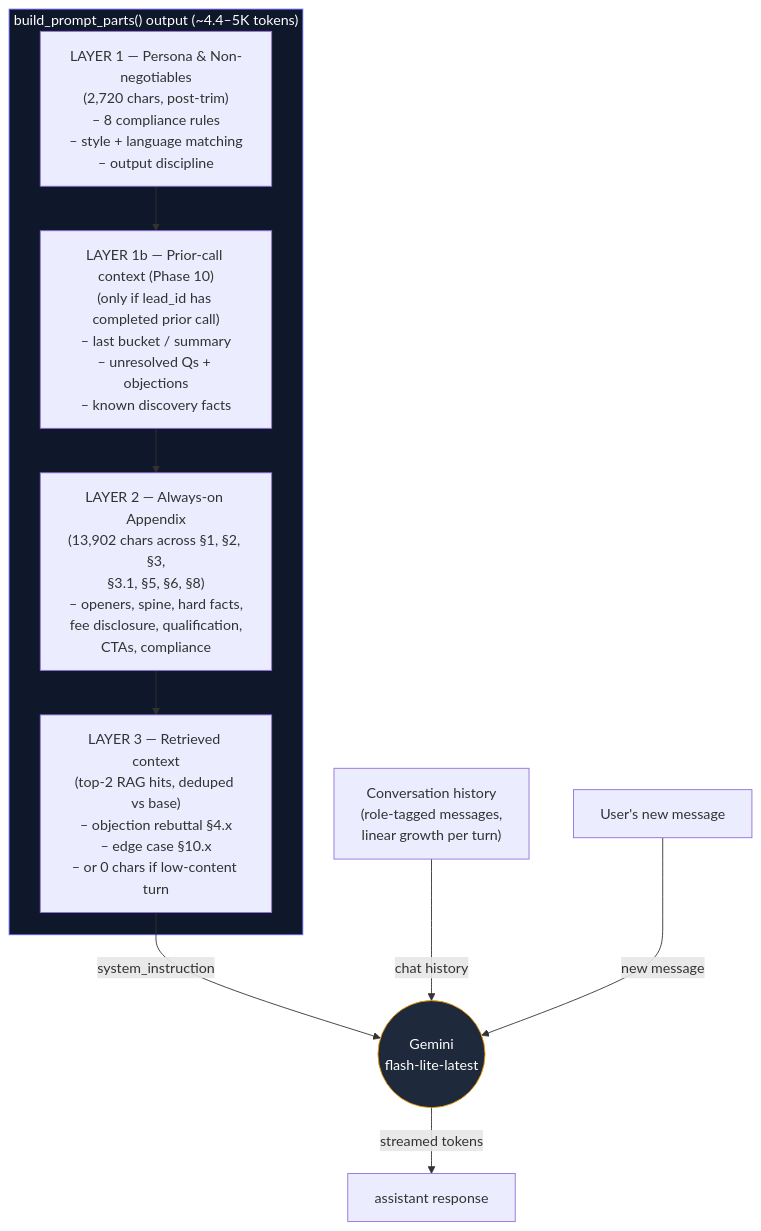
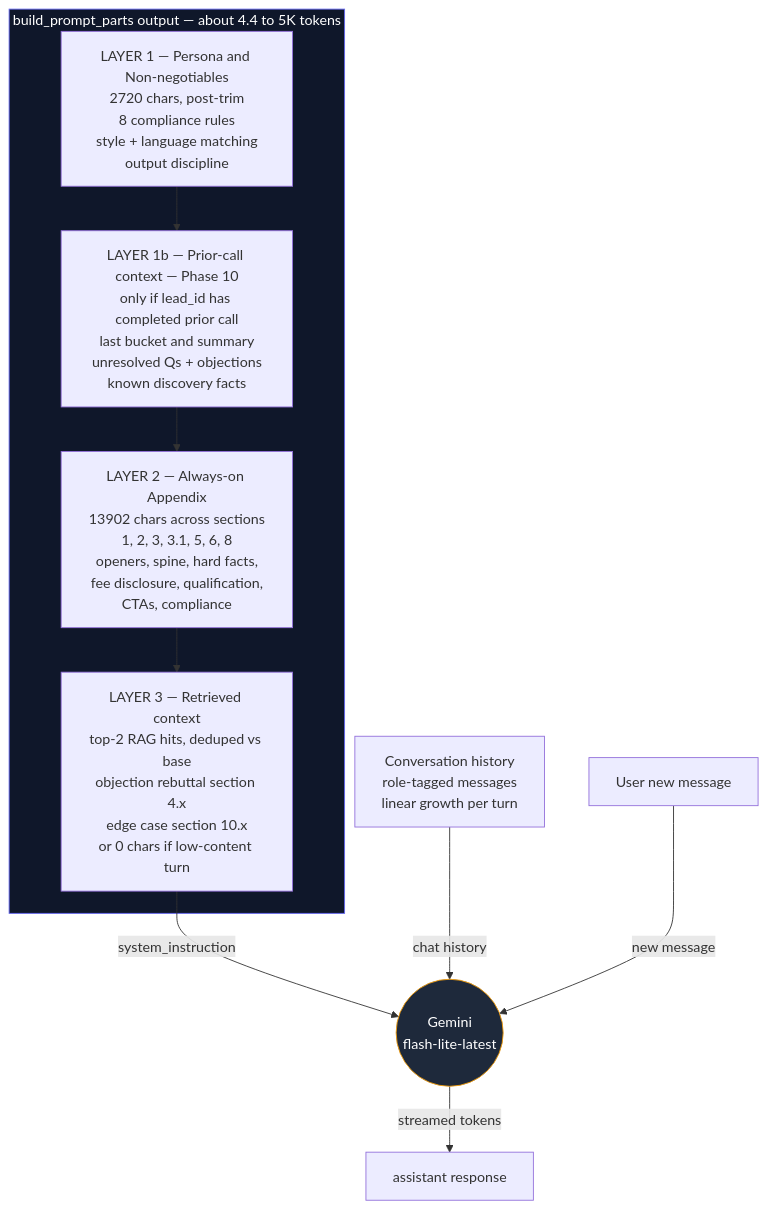
Before and after one commit to AmanG-04/rupeezy-voice-agent: the ninth of 10 diagrams in ARCHITECTURE.md, drawn with Mermaid. The commit also changed other lines of this file, not shown here.

First line of the commit message:
docs: fix Mermaid render errors in ARCHITECTURE.md

````diff
--- a/ARCHITECTURE.md
+++ b/ARCHITECTURE.md
@@ -473,24 +474,24 @@
 ```mermaid
 flowchart TB
-    subgraph Built[" build_prompt_parts() output (~4.4–5K tokens) "]
-        P1["LAYER 1 — Persona & Non-negotiables<br/>(2,720 chars, post-trim)<br/>– 8 compliance rules<br/>– style + language matching<br/>– output discipline"]
-        P1b["LAYER 1b — Prior-call context (Phase 10)<br/>(only if lead_id has completed prior call)<br/>– last bucket / summary<br/>– unresolved Qs + objections<br/>– known discovery facts"]
-        P2["LAYER 2 — Always-on Appendix<br/>(13,902 chars across §1, §2, §3,<br/>§3.1, §5, §6, §8)<br/>– openers, spine, hard facts,<br/>fee disclosure, qualification,<br/>CTAs, compliance"]
-        P3["LAYER 3 — Retrieved context<br/>(top-2 RAG hits, deduped vs base)<br/>– objection rebuttal §4.x<br/>– edge case §10.x<br/>– or 0 chars if low-content turn"]
+    subgraph Built["build_prompt_parts output — about 4.4 to 5K tokens"]
+        P1["LAYER 1 — Persona and Non-negotiables<br/>2720 chars, post-trim<br/>8 compliance rules<br/>style + language matching<br/>output discipline"]
+        P1b["LAYER 1b — Prior-call context — Phase 10<br/>only if lead_id has completed prior call<br/>last bucket and summary<br/>unresolved Qs + objections<br/>known discovery facts"]
+        P2["LAYER 2 — Always-on Appendix<br/>13902 chars across sections<br/>1, 2, 3, 3.1, 5, 6, 8<br/>openers, spine, hard facts,<br/>fee disclosure, qualification,<br/>CTAs, compliance"]
+        P3["LAYER 3 — Retrieved context<br/>top-2 RAG hits, deduped vs base<br/>objection rebuttal section 4.x<br/>edge case section 10.x<br/>or 0 chars if low-content turn"]
         P1 --> P1b
         P1b --> P2
         P2 --> P3
     end
 
-    History["Conversation history<br/>(role-tagged messages,<br/>linear growth per turn)"]
-    UserText["User's new message"]
+    History["Conversation history<br/>role-tagged messages<br/>linear growth per turn"]
+    UserText["User new message"]
 
-    P3 -->|system_instruction| Gemini((Gemini<br/>flash-lite-latest))
+    P3 -->|system_instruction| Gemini(("Gemini<br/>flash-lite-latest"))
     History -->|chat history| Gemini
     UserText -->|new message| Gemini
 
     Gemini -->|streamed tokens| Out["assistant response"]
 
     style Built fill:#0F172A,stroke:#6366F1,color:#fff
     style Gemini fill:#1E293B,stroke:#F59E0B,color:#fff
 ```
````
